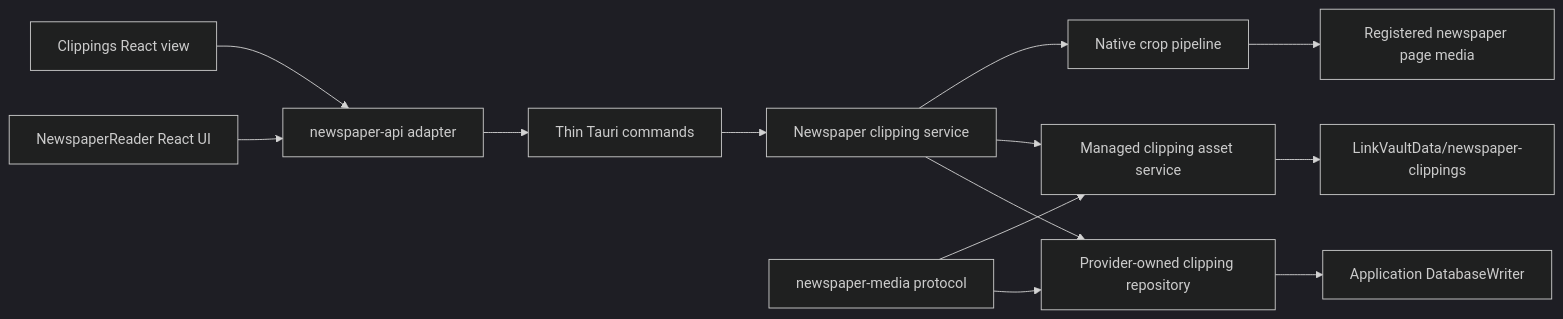
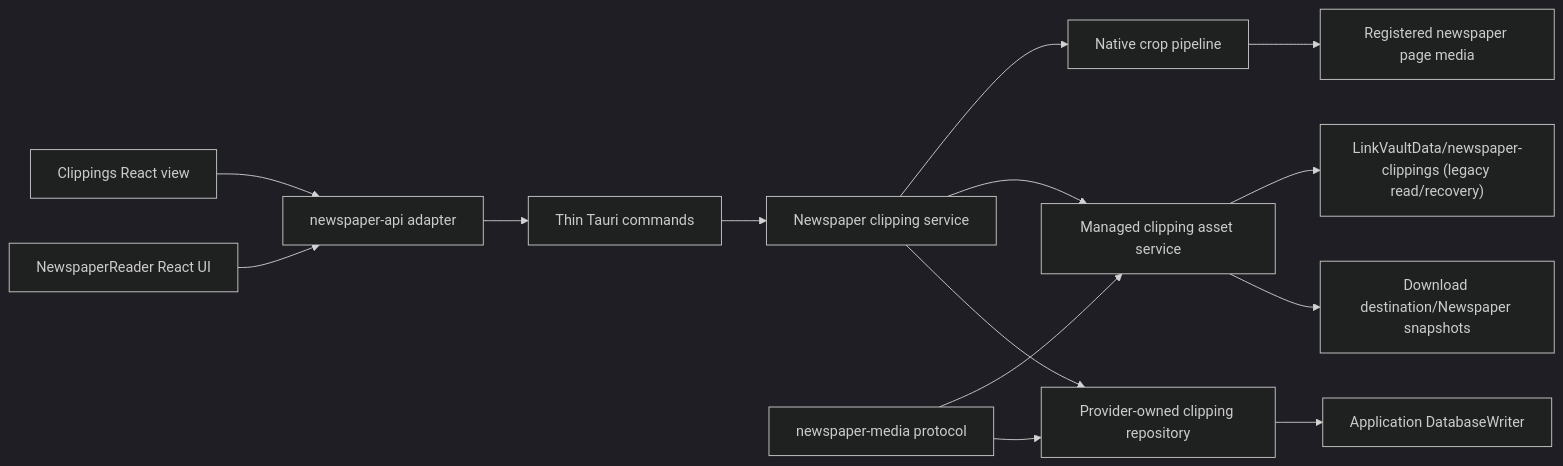
One commit to Howard-Starfield/LinkVault-Linkedin-Learning-Courses-Downloader changed the diagram in docs/architecture/adr-002-newspaper-clippings-managed-assets.md. Above: the diagram before and after it, drawn with Mermaid (dark theme). The commit also changed other lines of this file and 21 other files, not shown here.

Commit message:
feat(newspaper): register download snapshot clipping roots

````diff
--- a/docs/architecture/adr-002-newspaper-clippings-managed-assets.md
+++ b/docs/architecture/adr-002-newspaper-clippings-managed-assets.md
@@ -147,15 +154,16 @@
 ```mermaid
 flowchart LR
     Reader["NewspaperReader React UI"] --> API["newspaper-api adapter"]
     Library["Clippings React view"] --> API
     API --> Commands["Thin Tauri commands"]
     Commands --> Service["Newspaper clipping service"]
     Service --> Repository["Provider-owned clipping repository"]
     Service --> Assets["Managed clipping asset service"]
     Service --> Crop["Native crop pipeline"]
     Repository --> Writer["Application DatabaseWriter"]
-    Assets --> DataRoot["LinkVaultData/newspaper-clippings"]
+    Assets --> SnapshotRoot["Download destination/Newspaper snapshots"]
+    Assets --> LegacyRoot["LinkVaultData/newspaper-clippings (legacy read/recovery)"]
     Crop --> Source["Registered newspaper page media"]
     Protocol["newspaper-media protocol"] --> Repository
     Protocol --> Assets
 ```
````
